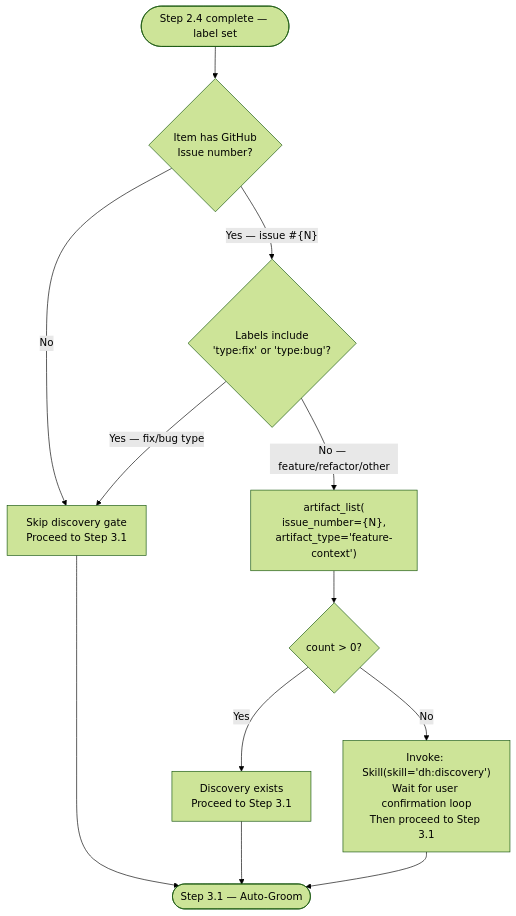
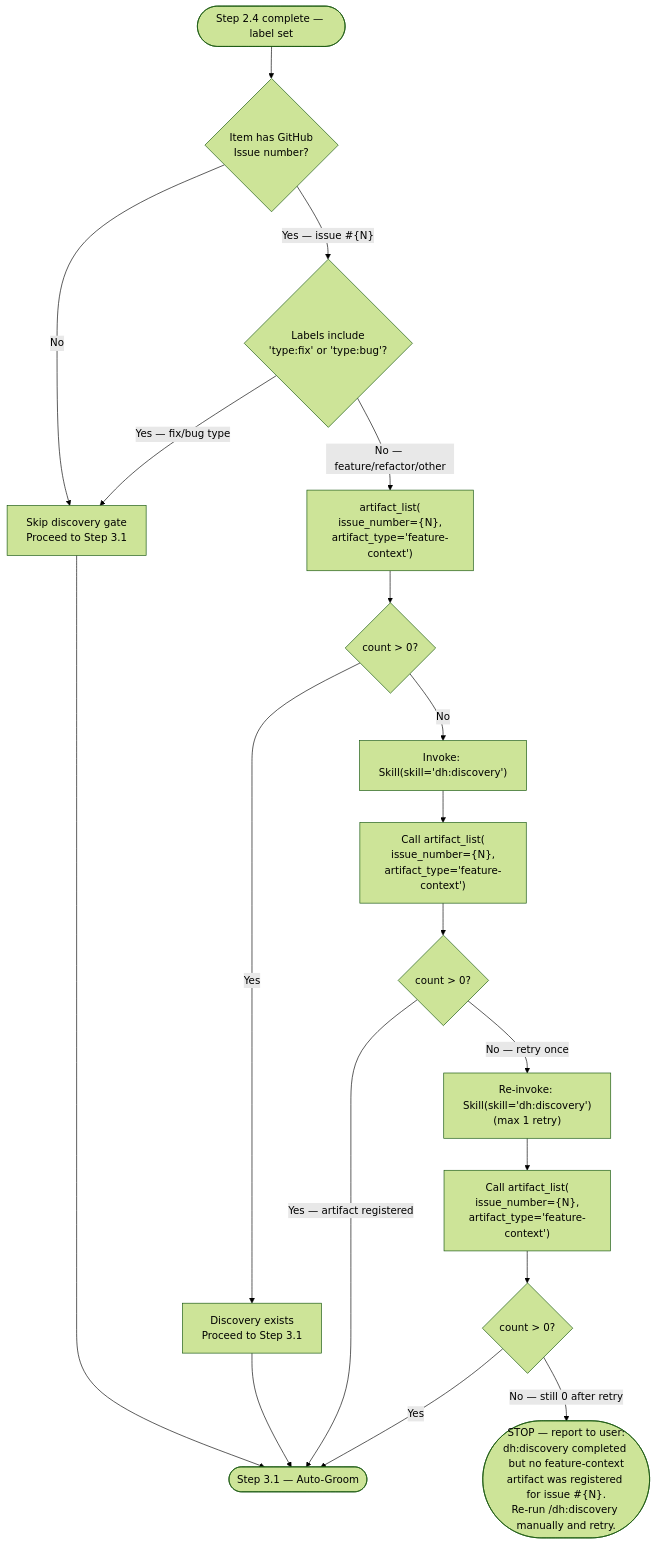
One commit to chgreer1070/claude_skills changed the second of 3 diagrams in plugins/development-harness/skills/work-backlog-item/SKILL.md. Above: the diagram before and after it, drawn with Mermaid (forest theme). The commit also changed other lines of this file and 11 other files, not shown here.

````diff
--- a/plugins/development-harness/skills/work-backlog-item/SKILL.md
+++ b/plugins/development-harness/skills/work-backlog-item/SKILL.md
@@ -183,14 +156,21 @@
 ```mermaid
 flowchart TD
     InProgress([Step 2.4 complete — label set]) --> HasIssue{"Item has GitHub<br>Issue number?"}
     HasIssue -->|"No"| SkipGate["Skip discovery gate<br>Proceed to Step 3.1"]
     HasIssue -->|"Yes — issue #{N}"| TypeCheck{"Labels include<br>'type:fix' or 'type:bug'?"}
     TypeCheck -->|"Yes — fix/bug type"| SkipGate
     TypeCheck -->|"No — feature/refactor/other"| CheckArtifact["artifact_list(<br>issue_number={N},<br>artifact_type='feature-context')"]
     CheckArtifact --> HasDiscovery{"count > 0?"}
     HasDiscovery -->|"Yes"| Proceed["Discovery exists<br>Proceed to Step 3.1"]
-    HasDiscovery -->|"No"| InvokeDiscovery["Invoke: Skill(skill='dh:discovery')<br>Wait for user confirmation loop<br>Then proceed to Step 3.1"]
+    HasDiscovery -->|"No"| InvokeDiscovery["Invoke: Skill(skill='dh:discovery')"]
+    InvokeDiscovery --> VerifyDiscovery["Call artifact_list(<br>issue_number={N},<br>artifact_type='feature-context')"]
+    VerifyDiscovery --> DiscoveryConfirmed{"count > 0?"}
+    DiscoveryConfirmed -->|"Yes — artifact registered"| Continue
+    DiscoveryConfirmed -->|"No — retry once"| RetryDiscovery["Re-invoke: Skill(skill='dh:discovery')<br>(max 1 retry)"]
+    RetryDiscovery --> VerifyRetry["Call artifact_list(<br>issue_number={N},<br>artifact_type='feature-context')"]
+    VerifyRetry --> RetryConfirmed{"count > 0?"}
+    RetryConfirmed -->|"Yes"| Continue
+    RetryConfirmed -->|"No — still 0 after retry"| DiscoveryFail(["STOP — report to user:<br>dh:discovery completed but no feature-context<br>artifact was registered for issue #{N}.<br>Re-run /dh:discovery manually and retry."])
     SkipGate --> Continue([Step 3.1 — Auto-Groom])
     Proceed --> Continue
-    InvokeDiscovery --> Continue
 ```
````
